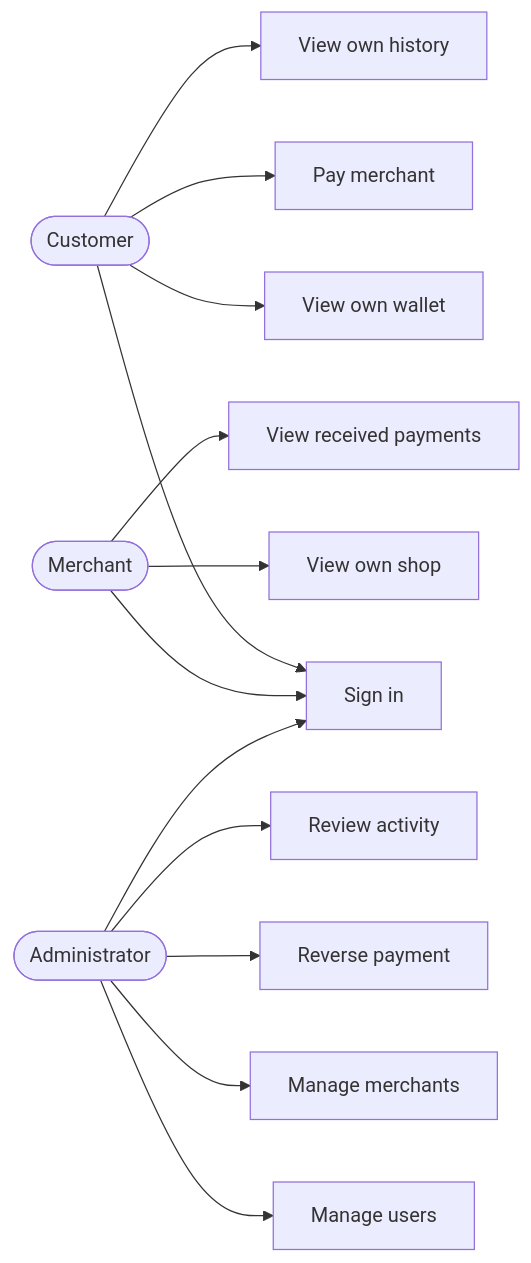
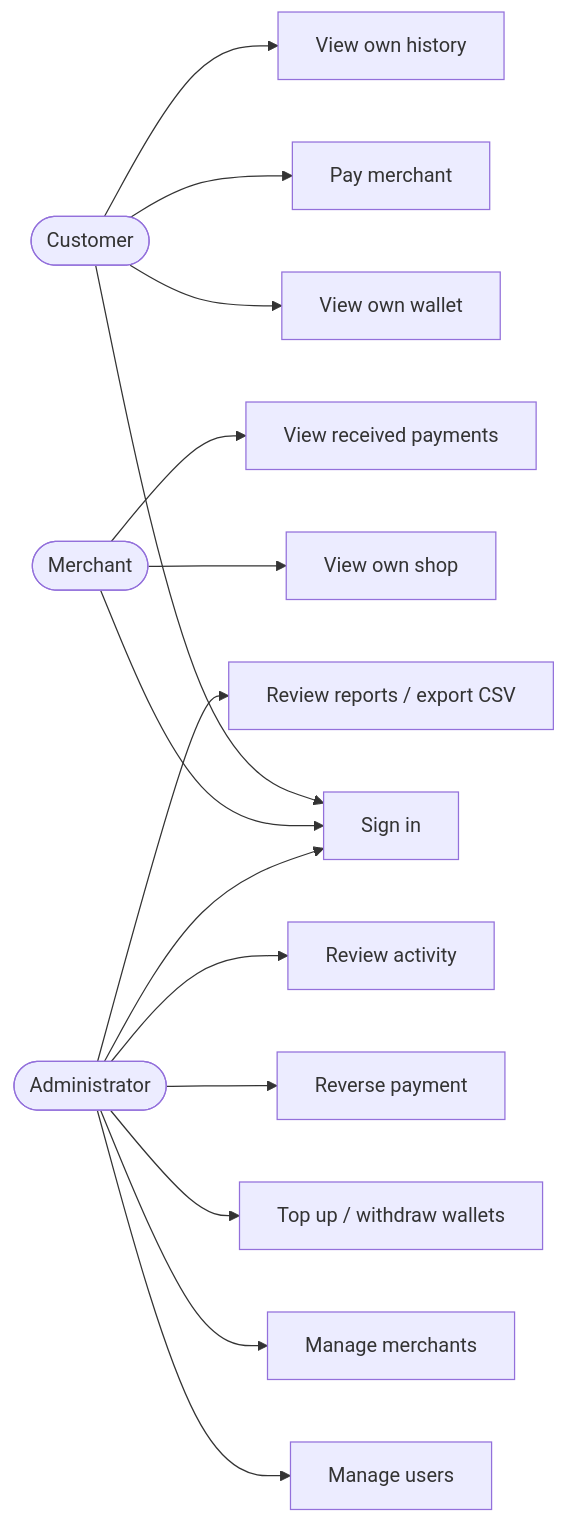
The third of 11 diagrams in docs/PROJECT_REPORT.md (pac-cee/TapWallet-springboot-AIC), drawn with Mermaid before and after one commit. The commit also changed other lines of this file and 52 other files, not shown here.

````diff
--- a/docs/PROJECT_REPORT.md
+++ b/docs/PROJECT_REPORT.md
@@ -300,15 +318,17 @@
 ```mermaid
 flowchart LR
   Customer([Customer]) --> SignIn[Sign in]
   Customer --> Balance[View own wallet]
   Customer --> Pay[Pay merchant]
   Customer --> History[View own history]
   Merchant([Merchant]) --> SignIn
   Merchant --> Shop[View own shop]
   Merchant --> Receipts[View received payments]
   Admin([Administrator]) --> SignIn
   Admin --> ManageUsers[Manage users]
   Admin --> ManageMerchants[Manage merchants]
+  Admin --> ManageBalances[Top up / withdraw wallets]
   Admin --> Reverse[Reverse payment]
   Admin --> Audit[Review activity]
+  Admin --> Reports[Review reports / export CSV]
 ```
````
